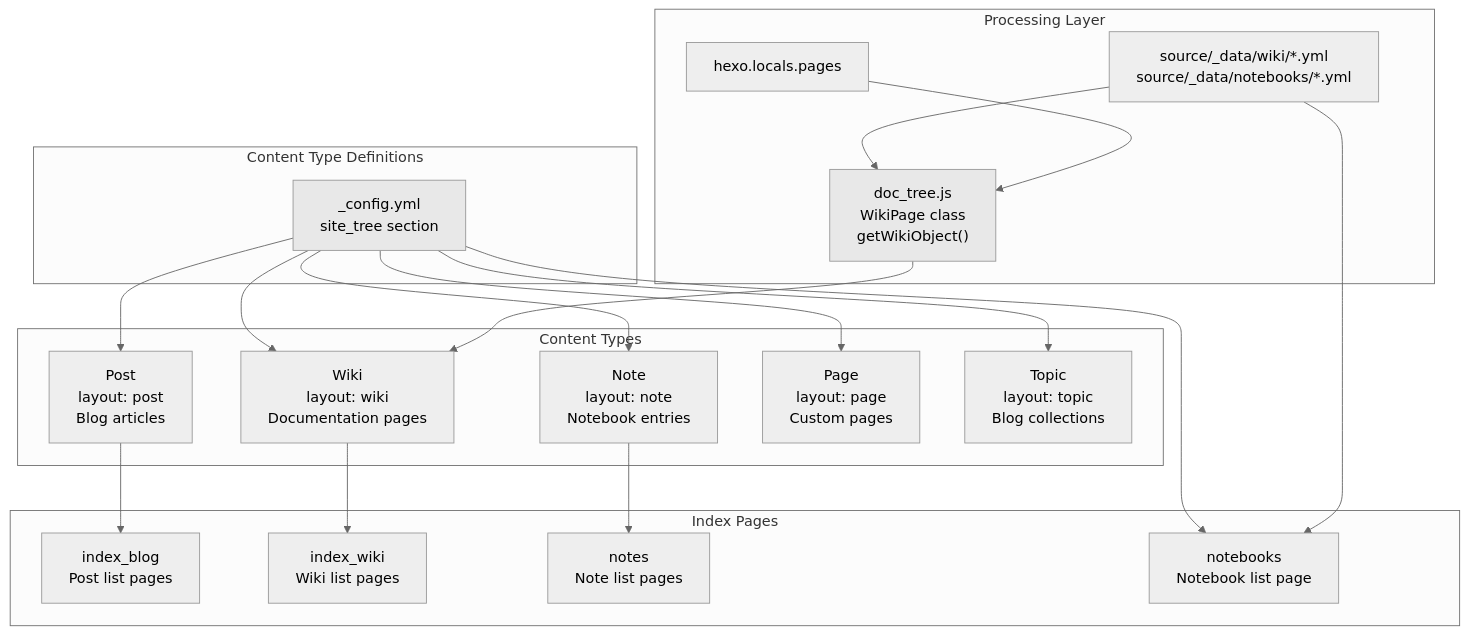
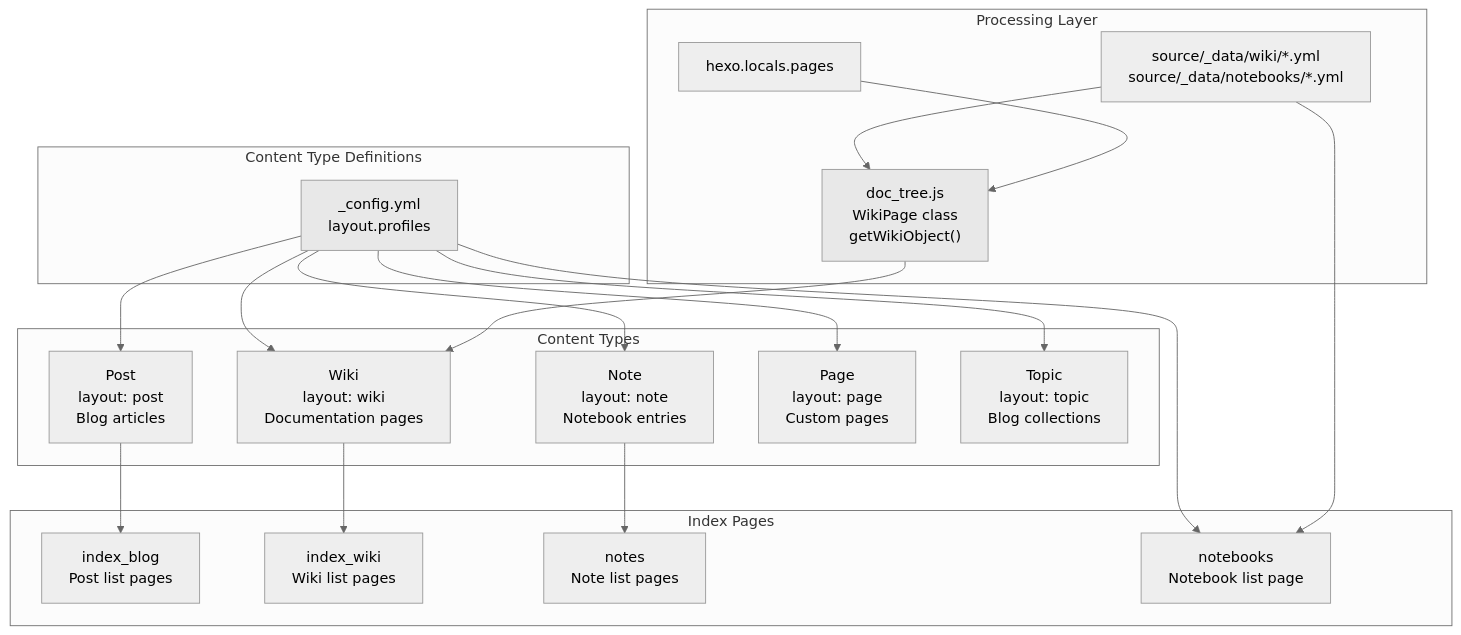
The first of 5 diagrams in docs/knowledge/03-内容系统/content-overview.md (xaoxuu/hexo-theme-stellar), drawn with Mermaid (neutral theme) before and after one commit. The commit also changed other lines of this file and 60 other files, not shown here.

````diff
--- a/docs/knowledge/03-内容系统/content-overview.md
+++ b/docs/knowledge/03-内容系统/content-overview.md
@@ -35,47 +35,47 @@
 ```mermaid
 graph TB
     subgraph "Content Type Definitions"
-        CONFIG["_config.yml<br/>site_tree section"]
+        CONFIG["_config.yml<br/>layout.profiles"]
     end
     
     subgraph "Content Types"
         POST["Post<br/>layout: post<br/>Blog articles"]
         WIKI["Wiki<br/>layout: wiki<br/>Documentation pages"]
         NOTEBOOK["Note<br/>layout: note<br/>Notebook entries"]
         PAGE["Page<br/>layout: page<br/>Custom pages"]
         TOPIC["Topic<br/>layout: topic<br/>Blog collections"]
     end
     
     subgraph "Index Pages"
         INDEX_BLOG["index_blog<br/>Post list pages"]
         INDEX_WIKI["index_wiki<br/>Wiki list pages"]
         INDEX_NOTES["notes<br/>Note list pages"]
         INDEX_NOTEBOOKS["notebooks<br/>Notebook list page"]
     end
     
     subgraph "Processing Layer"
         DOC_TREE["doc_tree.js<br/>WikiPage class<br/>getWikiObject()"]
         HEXO_PAGES["hexo.locals.pages"]
         DATA_FILES["source/_data/wiki/*.yml<br/>source/_data/notebooks/*.yml"]
     end
     
     CONFIG --> POST
     CONFIG --> WIKI
     CONFIG --> NOTEBOOK
     CONFIG --> PAGE
     CONFIG --> TOPIC
     
     POST --> INDEX_BLOG
     WIKI --> INDEX_WIKI
     NOTEBOOK --> INDEX_NOTES
     
     DATA_FILES --> DOC_TREE
     HEXO_PAGES --> DOC_TREE
     DOC_TREE --> WIKI
     
     CONFIG --> INDEX_NOTEBOOKS
     DATA_FILES --> INDEX_NOTEBOOKS
     
     style DOC_TREE fill:#e8e8e8
     style CONFIG fill:#e8e8e8
 ```
````
